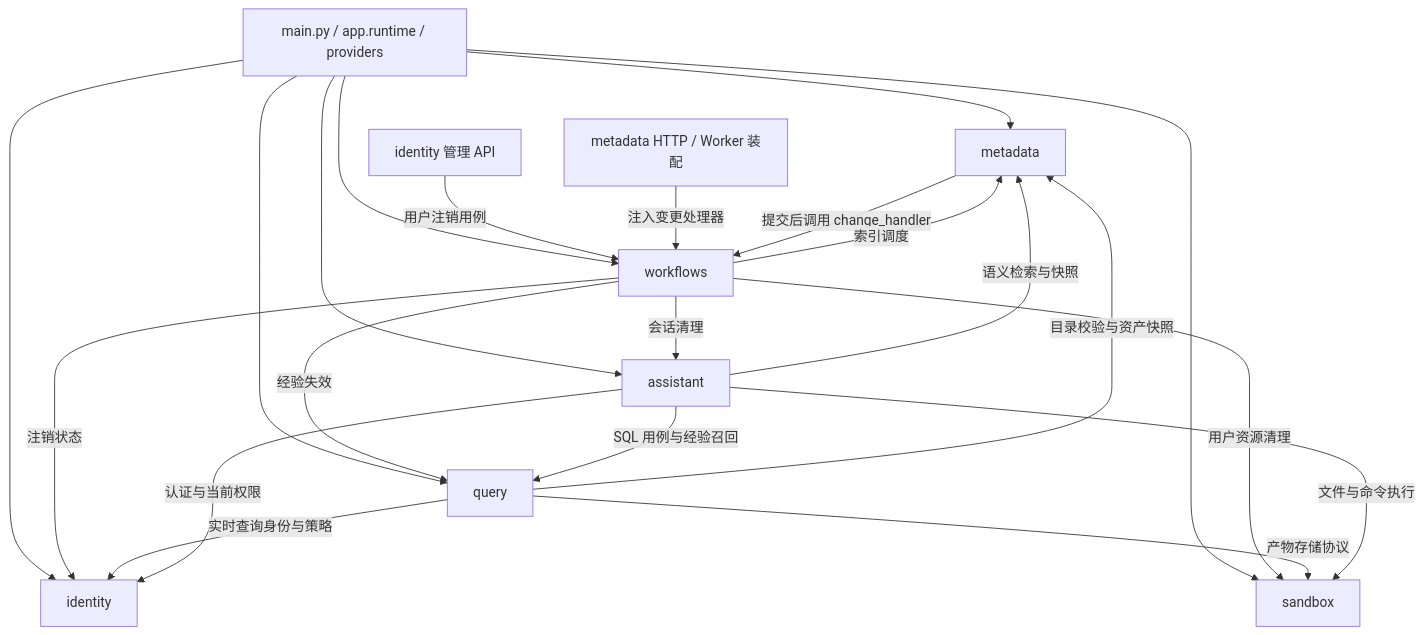
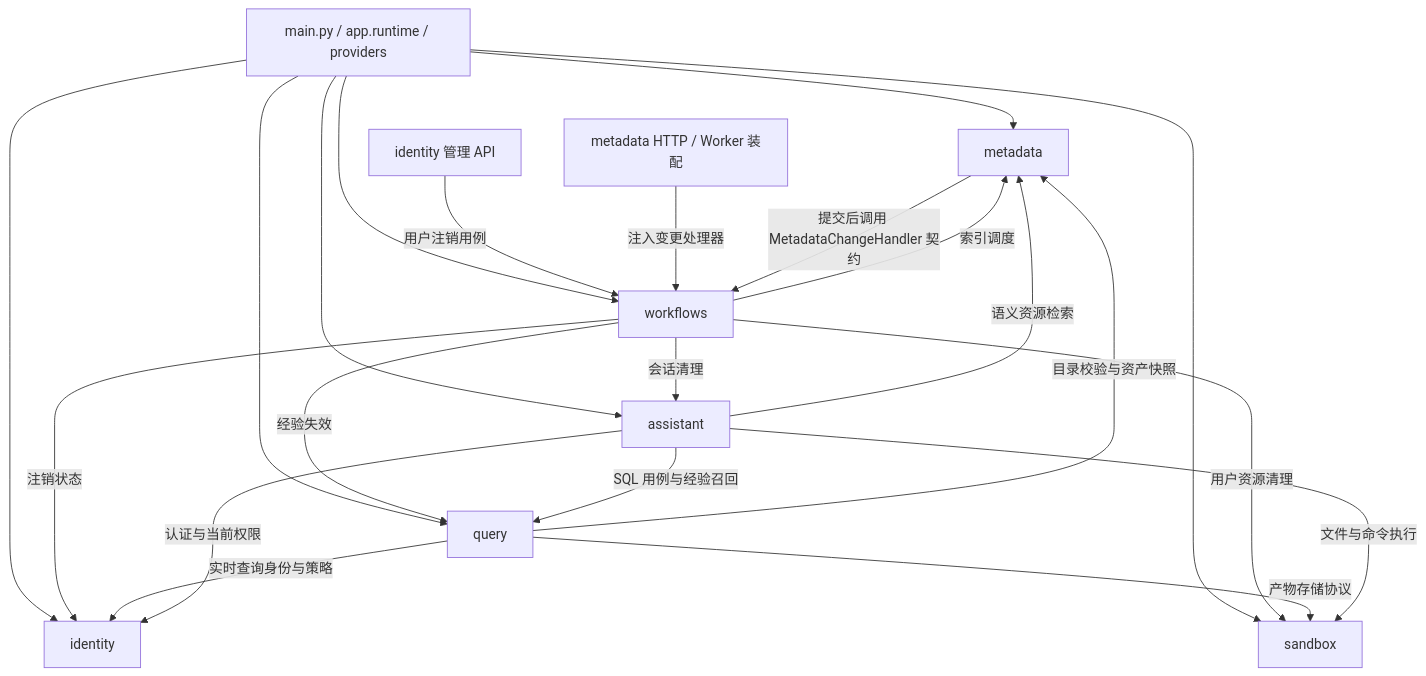
One commit to 2739673455/dataagent changed the second of 4 diagrams in docs/00_架构与协作总览.md. Above: the diagram before and after it, drawn with Mermaid. The commit also changed other lines of this file and 257 other files, not shown here.

````diff
--- a/docs/00_架构与协作总览.md
+++ b/docs/00_架构与协作总览.md
@@ -797,24 +841,24 @@
 ```mermaid
 flowchart TD
     ROOT[main.py / app.runtime / providers] --> ID[identity]
     ROOT --> META[metadata]
     ROOT --> QUERY[query]
     ROOT --> ASSIST[assistant]
     ROOT --> SANDBOX[sandbox]
     ROOT --> FLOW[workflows]
     IDAPI[identity 管理 API] -->|用户注销用例| FLOW
     METAAPI[metadata HTTP / Worker 装配] -->|注入变更处理器| FLOW
-    META -->|提交后调用 change_handler| FLOW
+    META -->|提交后调用 MetadataChangeHandler 契约| FLOW
     FLOW -->|经验失效| QUERY
     FLOW -->|索引调度| META
     FLOW -->|注销状态| ID
     FLOW -->|会话清理| ASSIST
     FLOW -->|用户资源清理| SANDBOX
     QUERY -->|实时查询身份与策略| ID
     QUERY -->|目录校验与资产快照| META
     QUERY -->|产物存储协议| SANDBOX
     ASSIST -->|认证与当前权限| ID
-    ASSIST -->|语义检索与快照| META
+    ASSIST -->|语义资源检索| META
     ASSIST -->|SQL 用例与经验召回| QUERY
     ASSIST -->|文件与命令执行| SANDBOX
 ```
````
